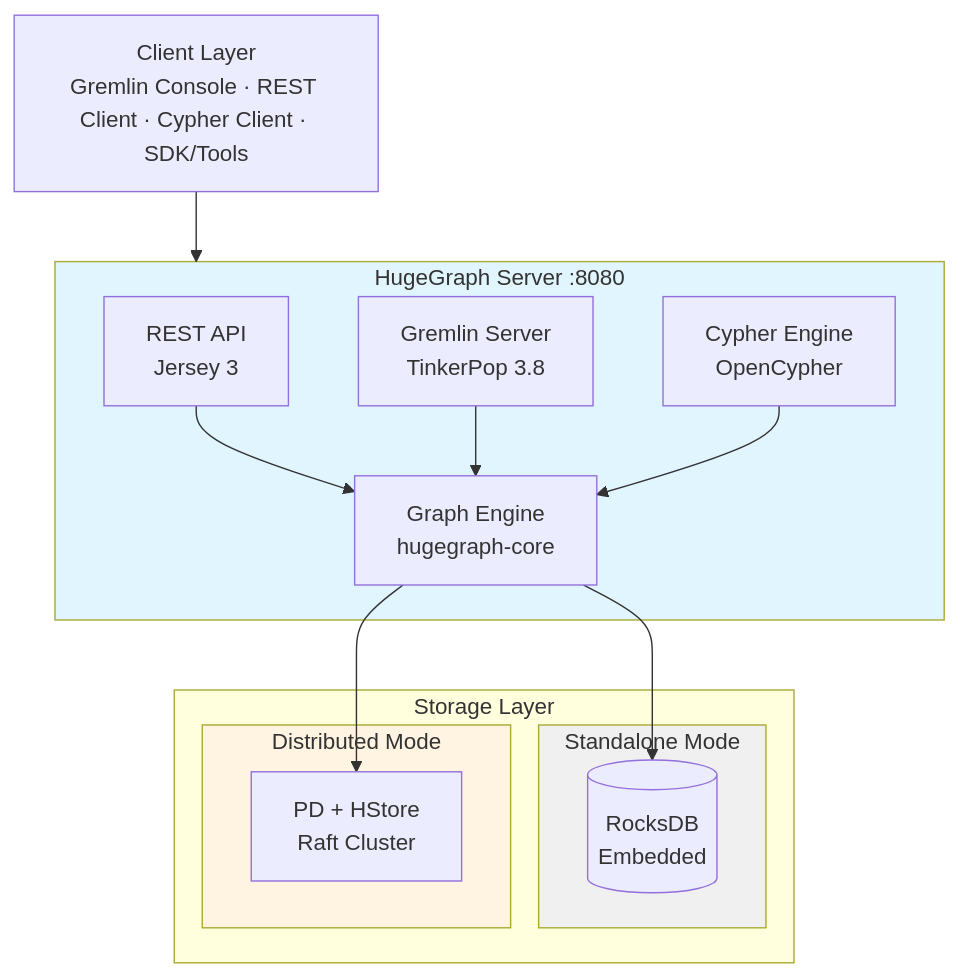
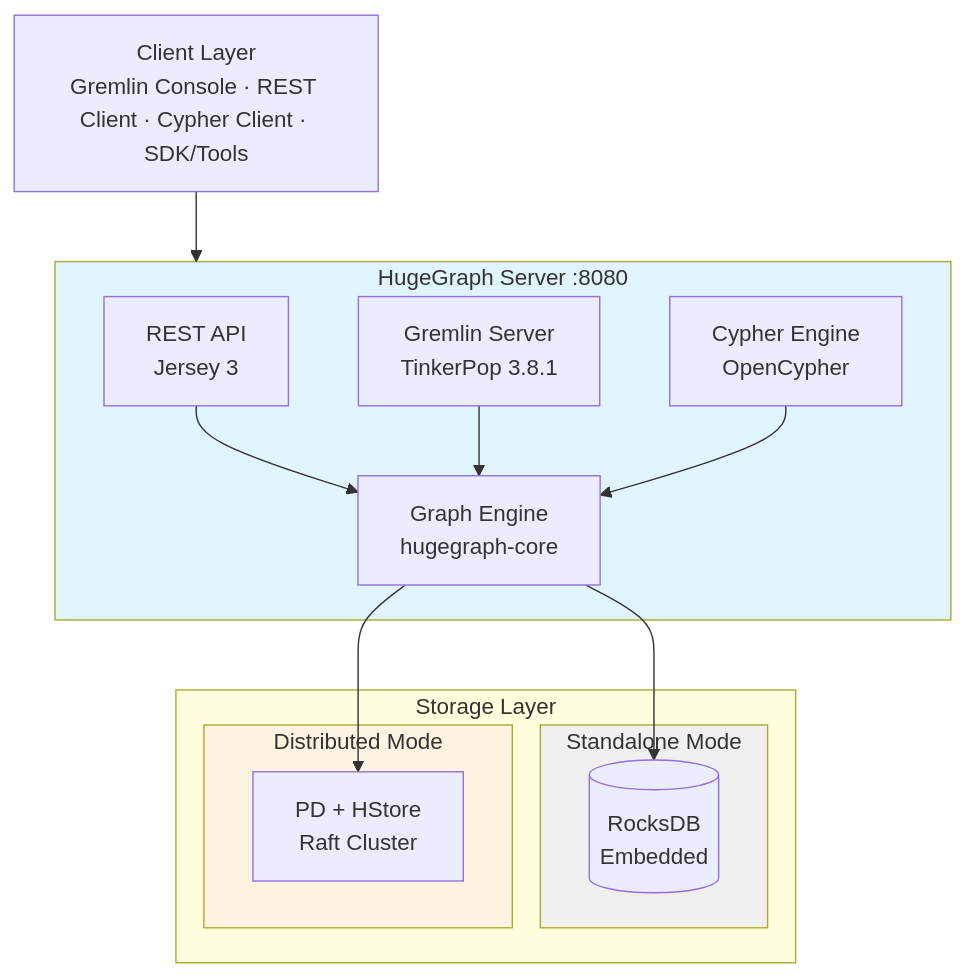
The diagram in README.md (hugegraph/hugegraph), drawn with Mermaid before and after one commit. The commit also changed other lines of this file and 1 other file, not shown here.

Commit message:
docs: clarify TinkerPop list compatibility
- Document vertex and edge uniform-list feature flag changes
- Preserve schema-defined LIST guidance and migration expectations
- Align both architecture diagrams with TinkerPop 3.8.1

````diff
--- a/README.md
+++ b/README.md
@@ -122,33 +122,33 @@
 ```mermaid
 flowchart TB
     CLIENTS["Client Layer<br/>Gremlin Console · REST Client · Cypher Client · SDK/Tools"]
 
     subgraph Server["HugeGraph Server :8080"]
         API[REST API<br/>Jersey 3]
-        GS[Gremlin Server<br/>TinkerPop 3.8]
+        GS[Gremlin Server<br/>TinkerPop 3.8.1]
         CS[Cypher Engine<br/>OpenCypher]
         CORE[Graph Engine<br/>hugegraph-core]
 
         API --> CORE
         GS --> CORE
         CS --> CORE
     end
 
     subgraph Storage["Storage Layer"]
         subgraph Standalone["Standalone Mode"]
             ROCKS[(RocksDB<br/>Embedded)]
         end
 
         subgraph Distributed["Distributed Mode"]
             PD_HSTORE[PD + HStore<br/>Raft Cluster]
         end
     end
 
     CLIENTS --> Server
     CORE --> ROCKS
     CORE --> PD_HSTORE
 
     style Server fill:#e1f5ff
     style Distributed fill:#fff4e1
     style Standalone fill:#f0f0f0
 ```
````
